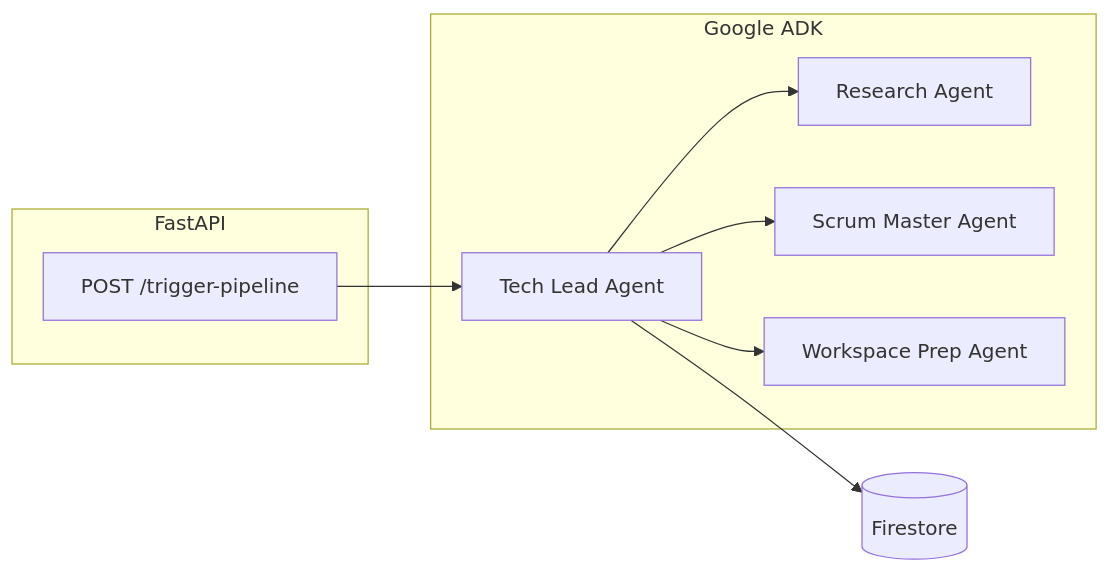
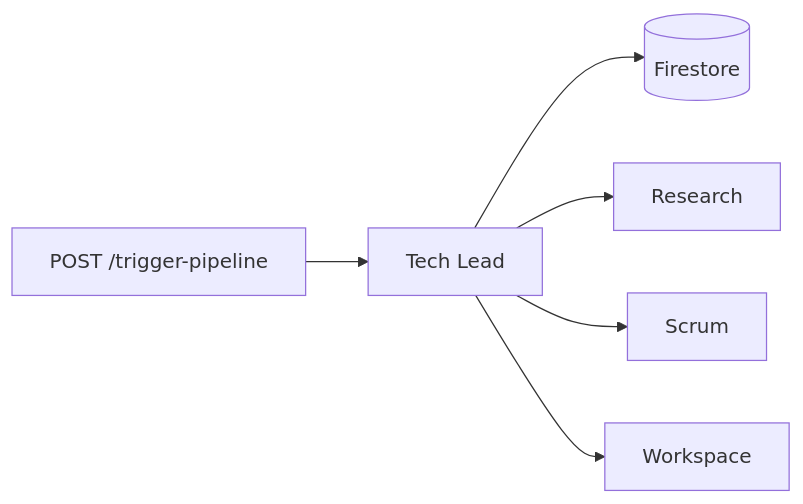
The diagram in README.md (FANGxPC/autonomous-rnd-system), drawn with Mermaid before and after one commit. The commit also changed other lines of this file and 1 other file, not shown here.

````diff
--- a/README.md
+++ b/README.md
@@ -16,18 +16,8 @@
 ```mermaid
 flowchart LR
-  subgraph api [FastAPI]
-    P["POST /trigger-pipeline"]
-  end
-  subgraph adk [Google ADK]
-    TL[Tech Lead Agent]
-    R[Research Agent]
-    S[Scrum Master Agent]
-    W[Workspace Prep Agent]
-  end
-  FS[(Firestore)]
-  P --> TL
-  TL --> FS
-  TL --> R
-  TL --> S
-  TL --> W
+  API["POST /trigger-pipeline"] --> TL[Tech Lead]
+  TL --> FS[(Firestore)]
+  TL --> R[Research]
+  TL --> S[Scrum]
+  TL --> W[Workspace]
 ```
````
